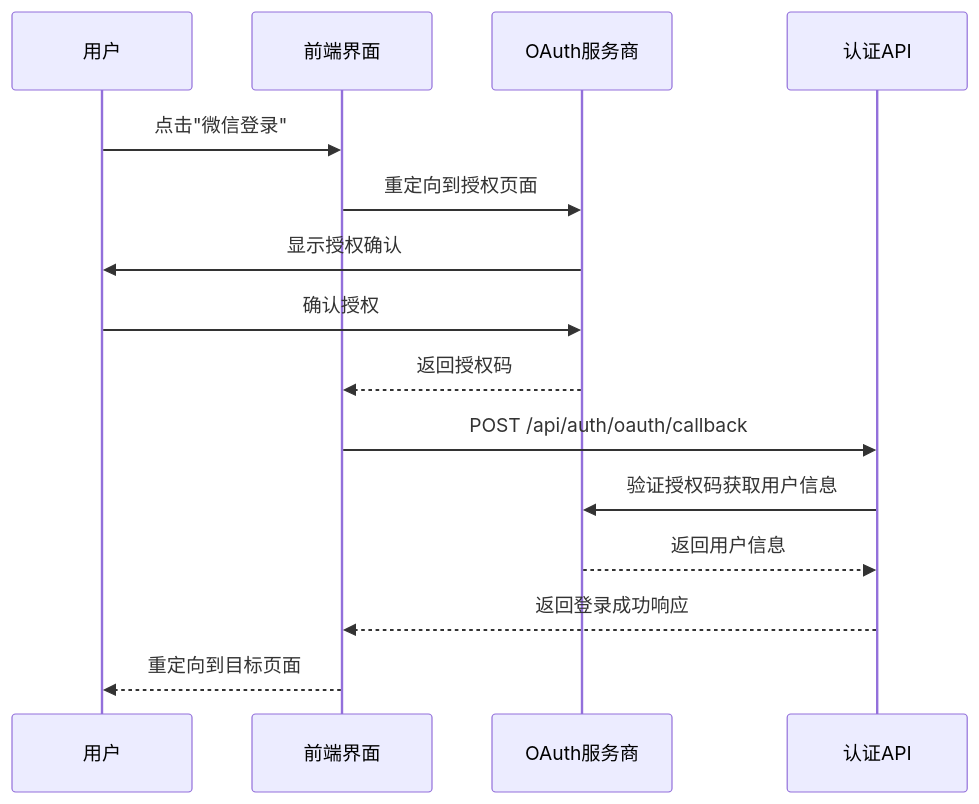
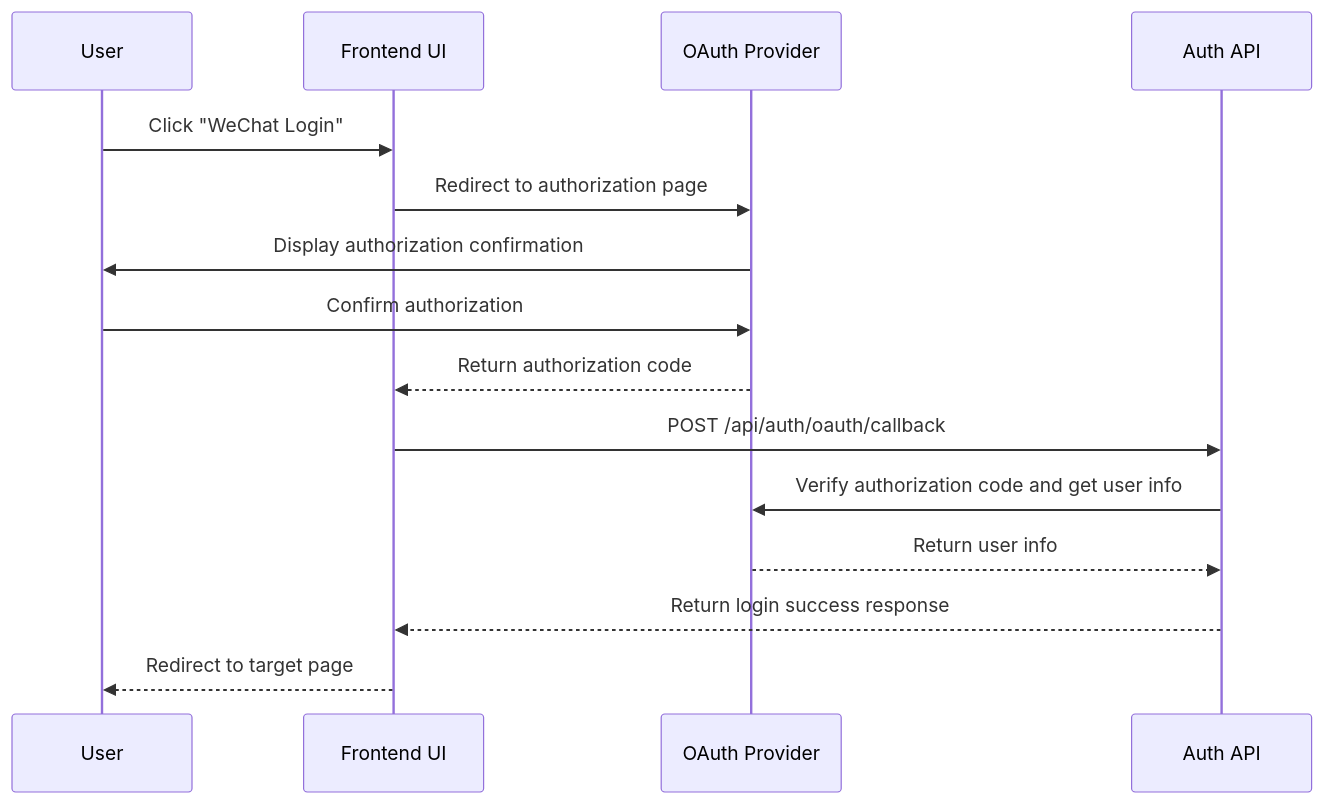
Before and after one commit to aether-go/skills: the first of 2 diagrams in skills/requirements-to-code-docs/SKILL.md, drawn with Mermaid. The commit also changed other lines of this file and 13 other files, not shown here.

````diff
--- a/skills/requirements-to-code-docs/SKILL.md
+++ b/skills/requirements-to-code-docs/SKILL.md
@@ -288,18 +364,18 @@
 ```mermaid
 sequenceDiagram
-    participant User as 用户
-    participant UI as 前端界面
-    participant OAuth as OAuth服务商
-    participant API as 认证API
+    participant User as User
+    participant UI as Frontend UI
+    participant OAuth as OAuth Provider
+    participant API as Auth API
     
-    User->>UI: 点击"微信登录"
-    UI->>OAuth: 重定向到授权页面
-    OAuth->>User: 显示授权确认
-    User->>OAuth: 确认授权
-    OAuth-->>UI: 返回授权码
+    User->>UI: Click "WeChat Login"
+    UI->>OAuth: Redirect to authorization page
+    OAuth->>User: Display authorization confirmation
+    User->>OAuth: Confirm authorization
+    OAuth-->>UI: Return authorization code
     UI->>API: POST /api/auth/oauth/callback
-    API->>OAuth: 验证授权码获取用户信息
-    OAuth-->>API: 返回用户信息
-    API-->>UI: 返回登录成功响应
-    UI-->>User: 重定向到目标页面
+    API->>OAuth: Verify authorization code and get user info
+    OAuth-->>API: Return user info
+    API-->>UI: Return login success response
+    UI-->>User: Redirect to target page
 ```
````
